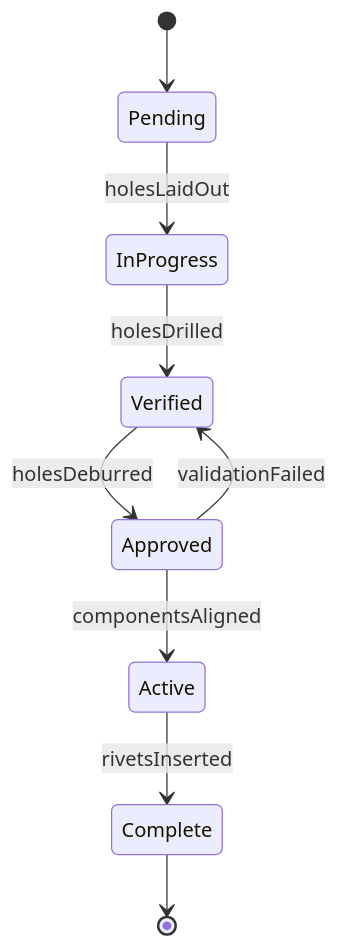
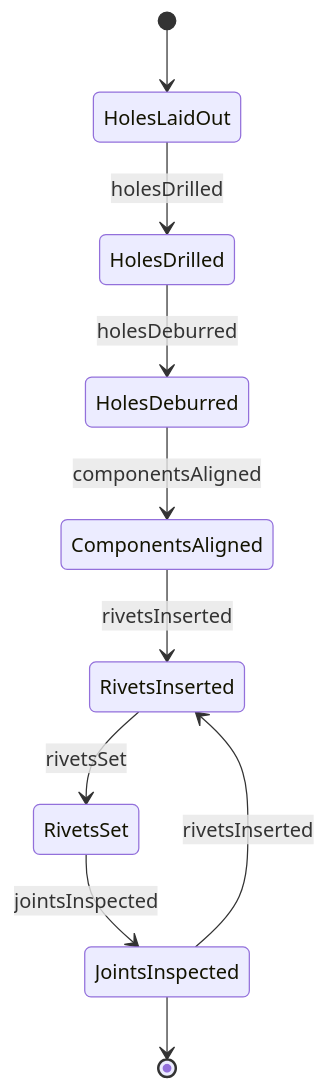
The second of 4 diagrams in HandlingAndMovingObjects/JoinPartsUsingSolderingWeldingOrBrazingTechniques/RivetMetalComponents.mdx (dot-org-ai/tasks.org.ai), drawn with Mermaid before and after one commit. The commit also changed other lines of this file and 515 other files, not shown here.

````diff
--- a/HandlingAndMovingObjects/JoinPartsUsingSolderingWeldingOrBrazingTechniques/RivetMetalComponents.mdx
+++ b/HandlingAndMovingObjects/JoinPartsUsingSolderingWeldingOrBrazingTechniques/RivetMetalComponents.mdx
@@ -98,11 +98,12 @@
 ```mermaid
 stateDiagram-v2
-    [*] --> Pending
-    Pending --> InProgress : holesLaidOut
-    InProgress --> Verified : holesDrilled
-    Verified --> Approved : holesDeburred
-    Approved --> Active : componentsAligned
-    Active --> Complete : rivetsInserted
-    Approved --> Verified : validationFailed
-    Complete --> [*]
+    [*] --> HolesLaidOut
+    HolesLaidOut --> HolesDrilled : holesDrilled
+    HolesDrilled --> HolesDeburred : holesDeburred
+    HolesDeburred --> ComponentsAligned : componentsAligned
+    ComponentsAligned --> RivetsInserted : rivetsInserted
+    RivetsInserted --> RivetsSet : rivetsSet
+    RivetsSet --> JointsInspected : jointsInspected
+    JointsInspected --> RivetsInserted : rivetsInserted
+    JointsInspected --> [*]
 ```
````
